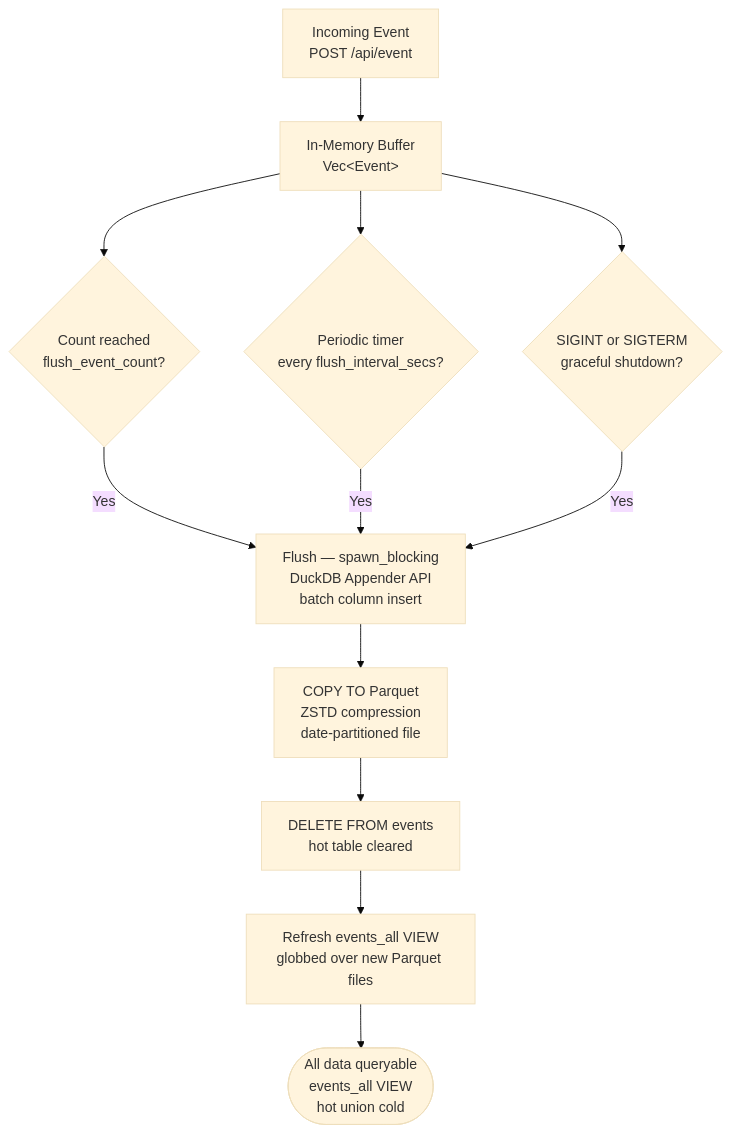
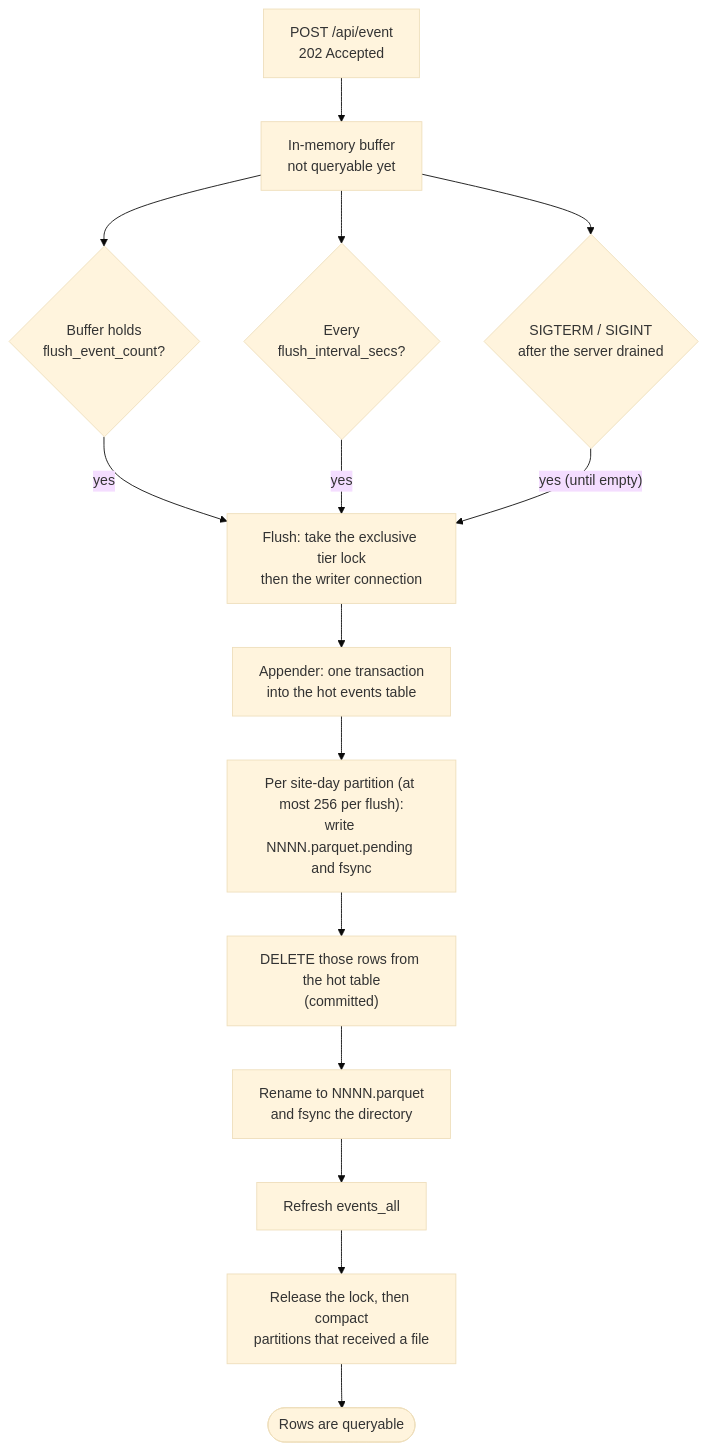
One commit to tomtom215/mallardmetrics changed the diagram in docs/src/data-management.md. Above: the diagram before and after it, drawn with Mermaid (base theme). The commit also changed other lines of this file and 5 other files, not shown here.

````diff
--- a/docs/src/data-management.md
+++ b/docs/src/data-management.md
@@ -26,19 +44,19 @@
 ```mermaid
 flowchart TD
-    EVENT["Incoming Event\nPOST /api/event"]
-    EVENT --> BUF["In-Memory Buffer\nVec&lt;Event&gt;"]
+    EVENT["POST /api/event\n202 Accepted"] --> BUF["In-memory buffer\nnot queryable yet"]
 
-    BUF --> T1{"Count reached\nflush_event_count?"}
-    BUF --> T2{"Periodic timer\nevery flush_interval_secs?"}
-    BUF --> T3{"SIGINT or SIGTERM\ngraceful shutdown?"}
+    BUF --> T1{"Buffer holds\nflush_event_count?"}
+    BUF --> T2{"Every\nflush_interval_secs?"}
+    BUF --> T3{"SIGTERM / SIGINT\nafter the server drained"}
+    T1 -->|"yes"| FLUSH
+    T2 -->|"yes"| FLUSH
+    T3 -->|"yes (until empty)"| FLUSH
 
-    T1 -->|"Yes"| FLUSH
-    T2 -->|"Yes"| FLUSH
-    T3 -->|"Yes"| FLUSH
-
-    FLUSH["Flush — spawn_blocking\nDuckDB Appender API\nbatch column insert"]
-    FLUSH --> PARQUET["COPY TO Parquet\nZSTD compression\ndate-partitioned file"]
-    PARQUET --> DELETE["DELETE FROM events\nhot table cleared"]
-    DELETE --> VIEW["Refresh events_all VIEW\nglobbed over new Parquet files"]
-    VIEW --> READY(["All data queryable\nevents_all VIEW\nhot union cold"])
+    FLUSH["Flush: take the exclusive tier lock\nthen the writer connection"] --> INS["Appender: one transaction\ninto the hot events table"]
+    INS --> STAGE["Per site-day partition (at most 256 per flush):\nwrite NNNN.parquet.pending and fsync"]
+    STAGE --> DEL["DELETE those rows from the hot table\n(committed)"]
+    DEL --> PUB["Rename to NNNN.parquet\nand fsync the directory"]
+    PUB --> VIEW["Refresh events_all"]
+    VIEW --> COMPACT["Release the lock, then compact\npartitions that received a file"]
+    COMPACT --> READY(["Rows are queryable"])
 ```
````
